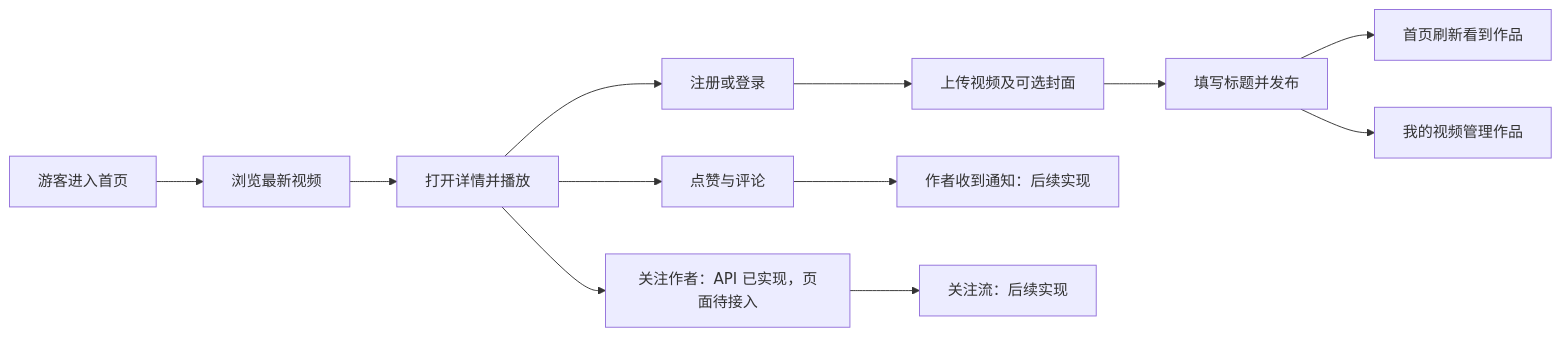
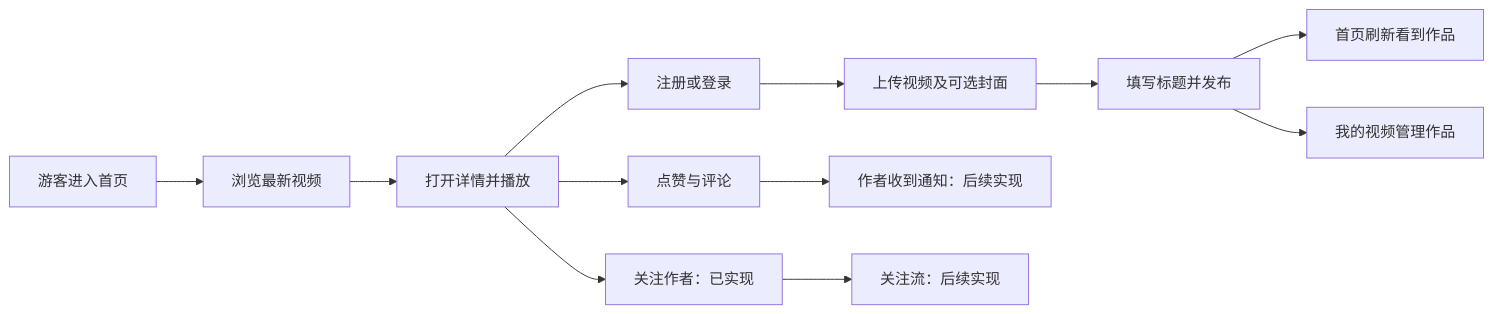
One commit to P3anut3/GoStream changed the first of 2 diagrams in docs/learning/00_project_roadmap.md. Above: the diagram before and after it, drawn with Mermaid. The commit also changed other lines of this file and 9 other files, not shown here.

````diff
--- a/docs/learning/00_project_roadmap.md
+++ b/docs/learning/00_project_roadmap.md
@@ -17,14 +17,14 @@
 ```mermaid
 flowchart LR
     A[游客进入首页] --> B[浏览最新视频]
     B --> C[打开详情并播放]
     C --> D[注册或登录]
     D --> E[上传视频及可选封面]
     E --> F[填写标题并发布]
     F --> G[首页刷新看到作品]
     F --> H[我的视频管理作品]
     C --> I[点赞与评论]
     I --> J[作者收到通知：后续实现]
-    C --> K[关注作者：API 已实现，页面待接入]
+    C --> K[关注作者：已实现]
     K --> L[关注流：后续实现]
 ```
````
